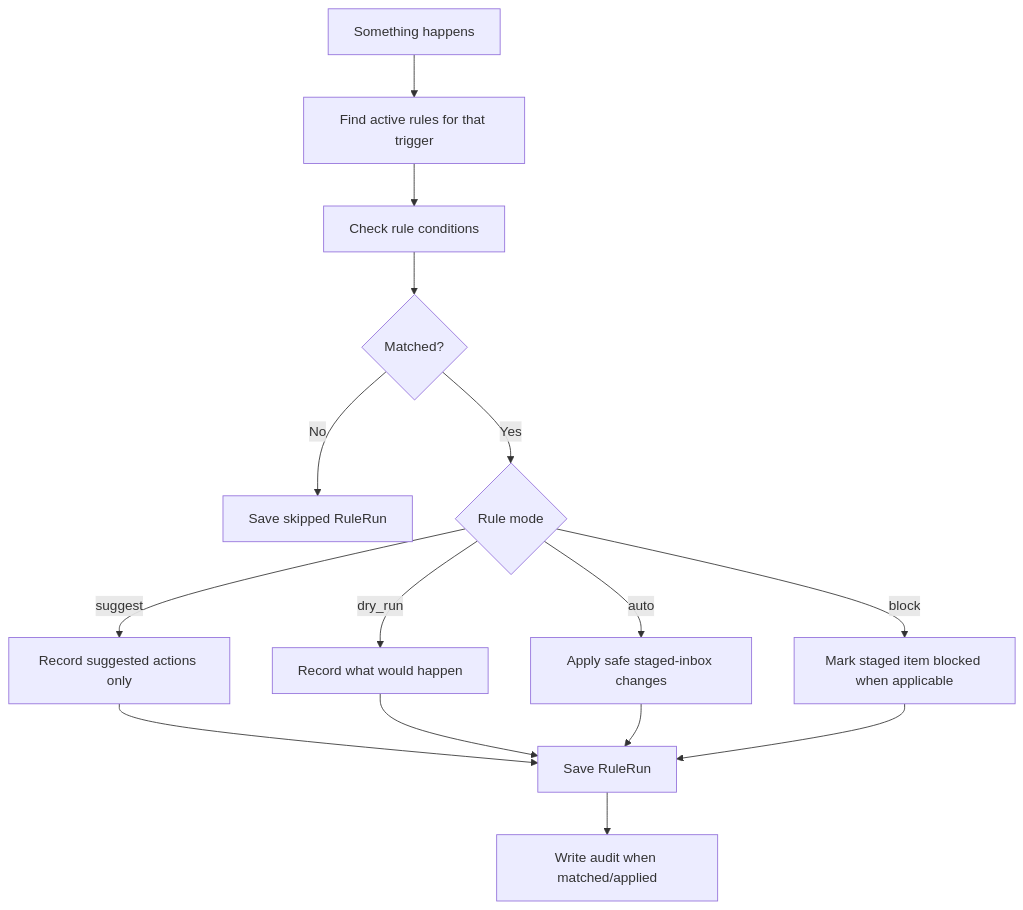
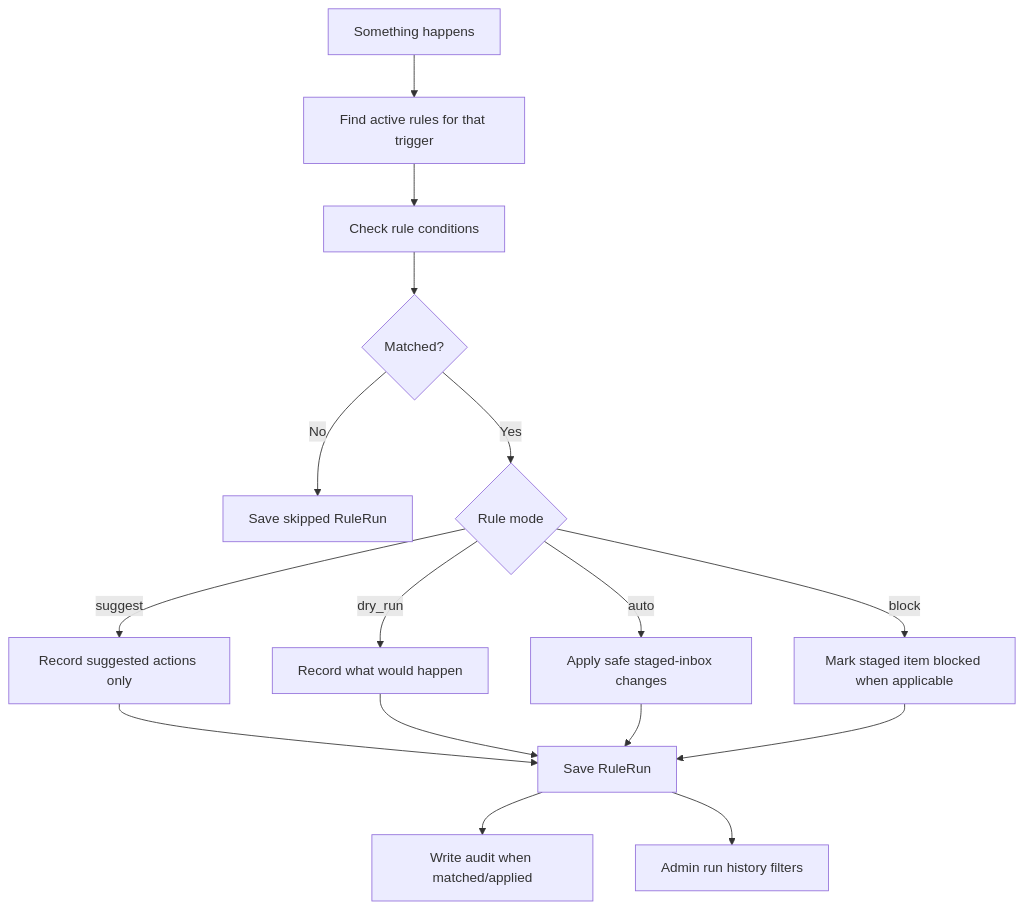
One commit to josephdfryer/life-os changed the ninth of 13 diagrams in docs/PERSONS_ARCHITECTURE.md. Above: the diagram before and after it, drawn with Mermaid. The commit also changed other lines of this file and 4 other files, not shown here.

````diff
--- a/docs/PERSONS_ARCHITECTURE.md
+++ b/docs/PERSONS_ARCHITECTURE.md
@@ -245,20 +247,21 @@
 ```mermaid
 flowchart TD
   Trigger["Something happens"] --> LoadRules["Find active rules for that trigger"]
   LoadRules --> Check["Check rule conditions"]
   Check --> Match{"Matched?"}
 
   Match -->|No| SaveSkip["Save skipped RuleRun"]
   Match -->|Yes| Mode{"Rule mode"}
 
   Mode -->|suggest| Suggest["Record suggested actions only"]
   Mode -->|dry_run| DryRun["Record what would happen"]
   Mode -->|auto| Auto["Apply safe staged-inbox changes"]
   Mode -->|block| Block["Mark staged item blocked when applicable"]
 
   Suggest --> SaveRun["Save RuleRun"]
   DryRun --> SaveRun
   Auto --> SaveRun
   Block --> SaveRun
   SaveRun --> Audit["Write audit when matched/applied"]
+  SaveRun --> AdminHistory["Admin run history filters"]
 ```
````
